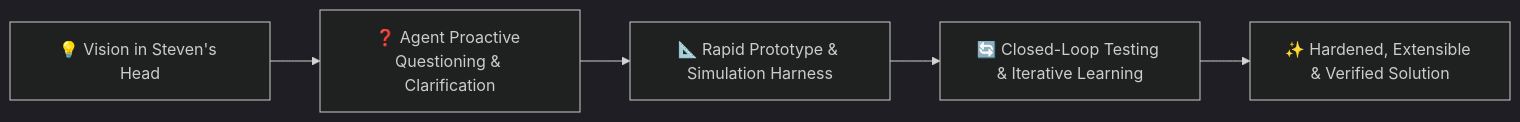
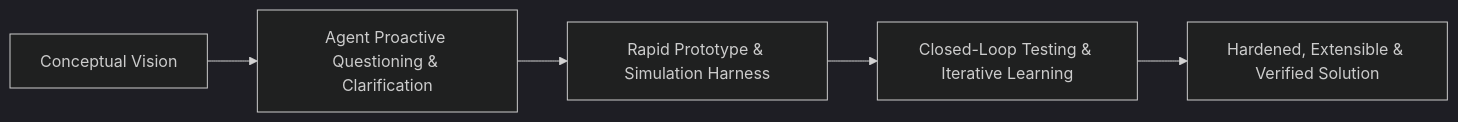
The diagram in archetypes/fullstack-dotnet-react.md (spelech/AgenticEngineeringToolbelt), drawn with Mermaid (dark theme) before and after one commit. The commit also changed other lines of this file and 42 other files, not shown here.

````diff
--- a/archetypes/fullstack-dotnet-react.md
+++ b/archetypes/fullstack-dotnet-react.md
@@ -10,7 +10,7 @@
 ```mermaid
 flowchart LR
-    A["💡 Vision in Steven's Head"] --> B["❓ Agent Proactive Questioning & Clarification"]
-    B --> C["📐 Rapid Prototype & Simulation Harness"]
-    C --> D["🔄 Closed-Loop Testing & Iterative Learning"]
-    D --> E["✨ Hardened, Extensible & Verified Solution"]
+    A["Conceptual Vision"] --> B["Agent Proactive Questioning & Clarification"]
+    B --> C["Rapid Prototype & Simulation Harness"]
+    C --> D["Closed-Loop Testing & Iterative Learning"]
+    D --> E["Hardened, Extensible & Verified Solution"]
 ```
````
